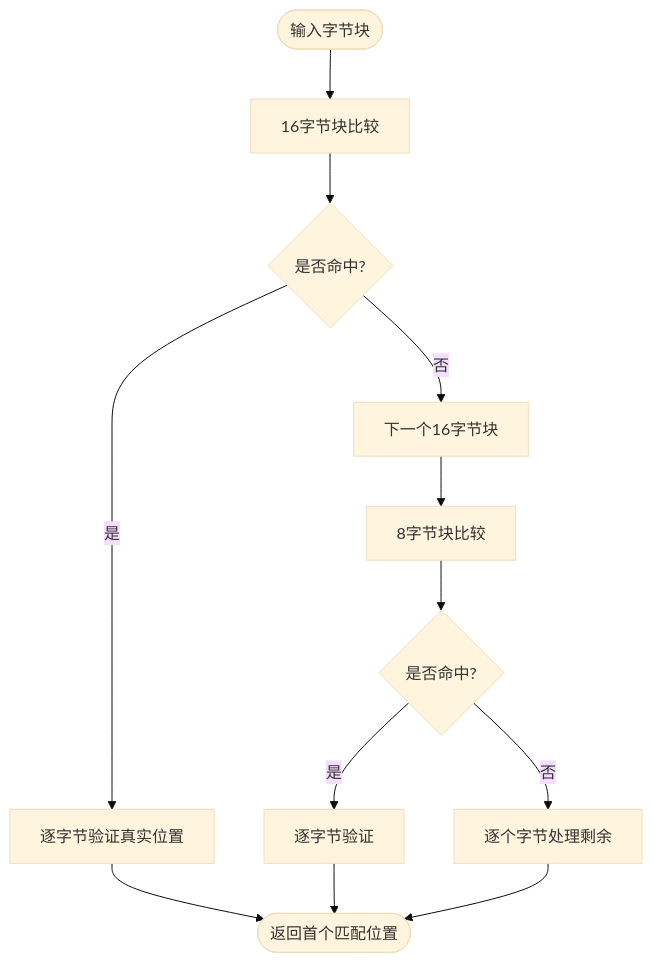
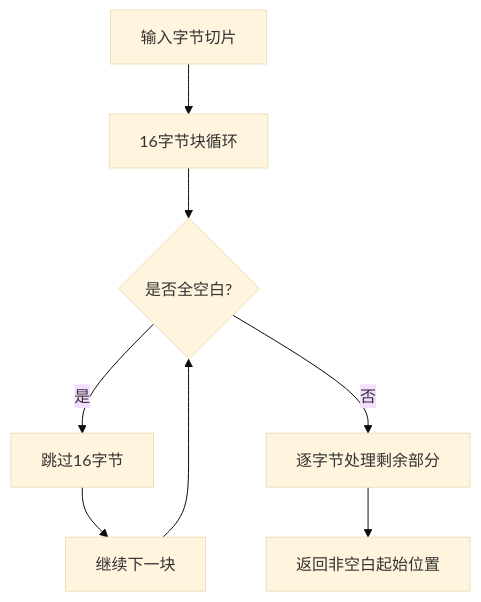
The fourth of 8 diagrams in .qoder/repowiki/zh/content/性能优化/性能优化.md (aetherstudio-cn/AetherStudio), drawn with Mermaid (base theme) before and after one commit. The commit also changed other lines of this file and 396 other files, not shown here.

````diff
--- a/.qoder/repowiki/zh/content/性能优化/性能优化.md
+++ b/.qoder/repowiki/zh/content/性能优化/性能优化.md
@@ -390,14 +141,10 @@
 ```mermaid
 flowchart TD
-In(["输入字节块"]) --> Chunk16["16字节块比较"]
-Chunk16 --> Match{"是否命中?"}
-Match --> |是| Verify["逐字节验证真实位置"]
-Match --> |否| Next16["下一个16字节块"]
-Next16 --> Chunk8["8字节块比较"]
-Chunk8 --> Match8{"是否命中?"}
-Match8 --> |是| Verify8["逐字节验证"]
-Match8 --> |否| Tail["逐个字节处理剩余"]
-Verify --> Out(["返回首个匹配位置"])
-Verify8 --> Out
-Tail --> Out
+In["输入字节切片"] --> Chunk["16字节块循环"]
+Chunk --> Check{"是否全空白?"}
+Check -- 是 --> Skip["跳过16字节"]
+Check -- 否 --> Tail["逐字节处理剩余部分"]
+Skip --> Next["继续下一块"]
+Next --> Check
+Tail --> Out["返回非空白起始位置"]
 ```
````
